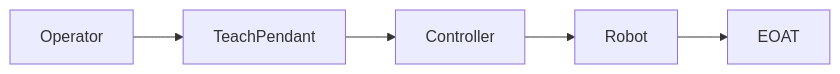
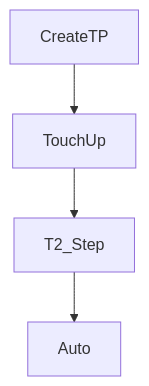
Before and after one commit to girijashankarj/garry-tj-robo-journey: the diagram in docs/fanuc/programming-tp/overview.md, drawn with Mermaid. The commit also changed other lines of this file and 70 other files, not shown here.

````diff
--- a/docs/fanuc/programming-tp/overview.md
+++ b/docs/fanuc/programming-tp/overview.md
@@ -18,9 +22,8 @@
 ```mermaid
-flowchart LR
-  operator[Operator]
-  pendant[TeachPendant]
-  controller[Controller]
-  robot[Robot]
-  eot[EOAT]
-  operator --> pendant --> controller --> robot --> eot
+flowchart TB
+  create[CreateTP]
+  teach[TouchUp]
+  test[T2_Step]
+  auto[Auto]
+  create --> teach --> test --> auto
 ```
````
